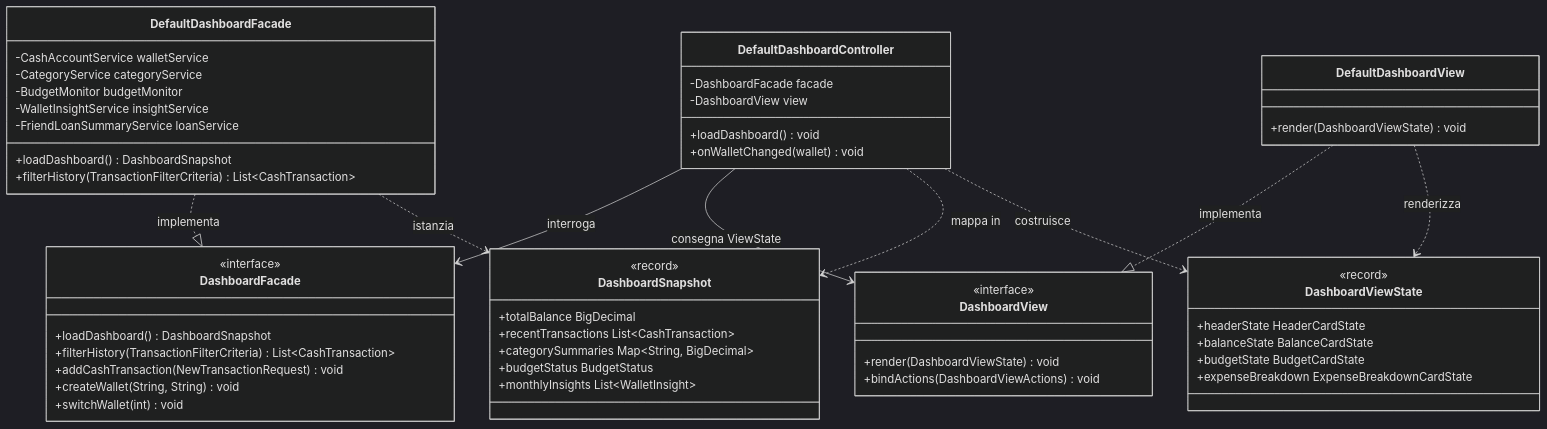
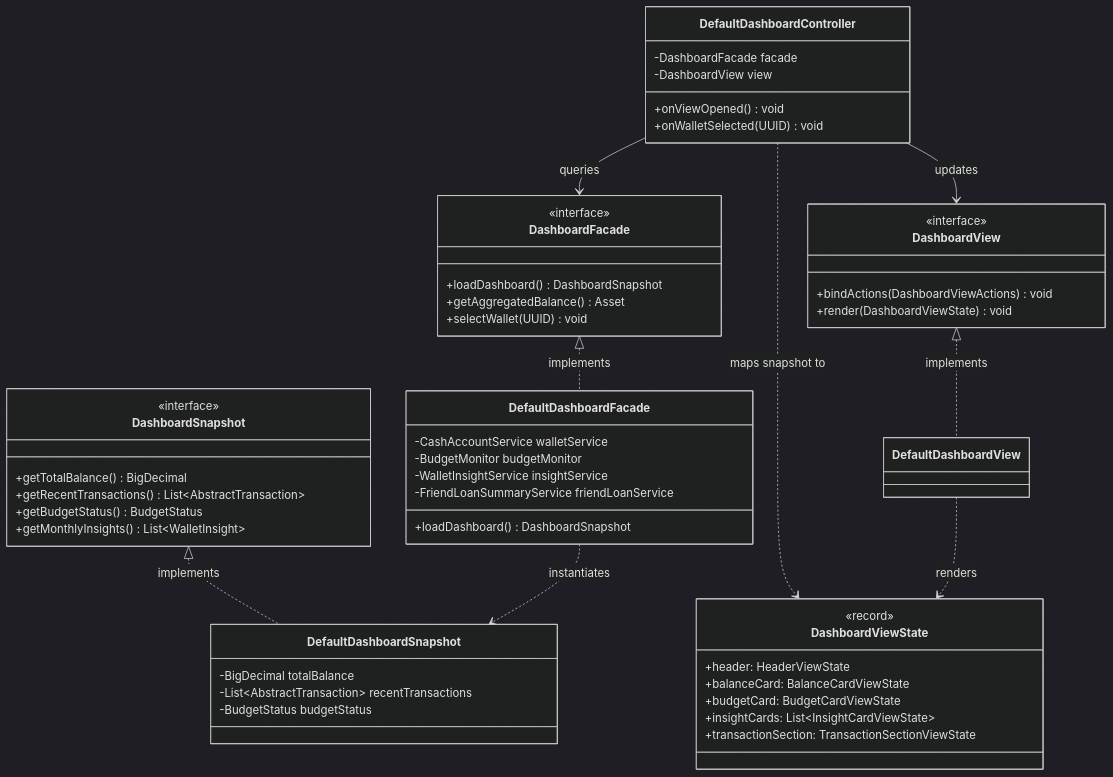
Before and after one commit to leoI0II/OOP25-UniBodget: the diagram in docs/uml-2.9-dashboard-facade.md, drawn with Mermaid (dark theme). The commit also changed 17 other files, not shown here.

Commit message:
docs: update Favour's report sections, UML diagrams and future developments

````diff
--- a/docs/uml-2.9-dashboard-facade.md
+++ b/docs/uml-2.9-dashboard-facade.md
@@ -1,66 +1,66 @@
 ```mermaid
 classDiagram
-direction TB
+    direction TB
 
-class DefaultDashboardController {
-  -DashboardFacade facade
-  -DashboardView view
-  +loadDashboard() void
-  +onWalletChanged(wallet) void
-}
+    class DashboardFacade {
+        <<interface>>
+        +loadDashboard() DashboardSnapshot
+        +getAggregatedBalance() Asset
+        +selectWallet(UUID) void
+    }
 
-class DashboardFacade {
-  <<interface>>
-  +loadDashboard() DashboardSnapshot
-  +filterHistory(TransactionFilterCriteria) List~CashTransaction~
-  +addCashTransaction(NewTransactionRequest) void
-  +createWallet(String, String) void
-  +switchWallet(int) void
-}
+    class DefaultDashboardFacade {
+        -CashAccountService walletService
+        -BudgetMonitor budgetMonitor
+        -WalletInsightService insightService
+        -FriendLoanSummaryService friendLoanService
+        +loadDashboard() DashboardSnapshot
+    }
 
-class DashboardView {
-  <<interface>>
-  +render(DashboardViewState) void
-  +bindActions(DashboardViewActions) void
-}
+    class DashboardSnapshot {
+        <<interface>>
+        +getTotalBalance() BigDecimal
+        +getRecentTransactions() List~AbstractTransaction~
+        +getBudgetStatus() BudgetStatus
+        +getMonthlyInsights() List~WalletInsight~
+    }
 
-class DefaultDashboardFacade {
-  -CashAccountService walletService
-  -CategoryService categoryService
-  -BudgetMonitor budgetMonitor
-  -WalletInsightService insightService
-  -FriendLoanSummaryService loanService
-  +loadDashboard() DashboardSnapshot
-  +filterHistory(TransactionFilterCriteria) List~CashTransaction~
-}
+    class DefaultDashboardSnapshot {
+        -BigDecimal totalBalance
+        -List~AbstractTransaction~ recentTransactions
+        -BudgetStatus budgetStatus
+    }
 
-class DefaultDashboardView {
-  +render(DashboardViewState) void
-}
+    class DefaultDashboardController {
+        -DashboardFacade facade
+        -DashboardView view
+        +onViewOpened() void
+        +onWalletSelected(UUID) void
+    }
 
-class DashboardSnapshot {
-  <<record>>
-  +totalBalance BigDecimal
-  +recentTransactions List~CashTransaction~
-  +categorySummaries Map~String, BigDecimal~
-  +budgetStatus BudgetStatus
-  +monthlyInsights List~WalletInsight~
-}
+    class DashboardView {
+        <<interface>>
+        +bindActions(DashboardViewActions) void
+        +render(DashboardViewState) void
+    }
 
-class DashboardViewState {
-  <<record>>
-  +headerState HeaderCardState
-  +balanceState BalanceCardState
-  +budgetState BudgetCardState
-  +expenseBreakdown ExpenseBreakdownCardState
-}
+    class DefaultDashboardView
 
-DefaultDashboardController --> DashboardFacade : interroga
-DefaultDashboardController --> DashboardView : consegna ViewState
-DefaultDashboardFacade ..|> DashboardFacade : implementa
-DefaultDashboardView ..|> DashboardView : implementa
-DefaultDashboardFacade ..> DashboardSnapshot : istanzia
-DefaultDashboardController ..> DashboardSnapshot : mappa in
-DefaultDashboardController ..> DashboardViewState : costruisce
-DefaultDashboardView ..> DashboardViewState : renderizza
+    class DashboardViewState {
+        <<record>>
+        +header: HeaderViewState
+        +balanceCard: BalanceCardViewState
+        +budgetCard: BudgetCardViewState
+        +insightCards: List~InsightCardViewState~
+        +transactionSection: TransactionSectionViewState
+    }
+
+    DashboardFacade <|.. DefaultDashboardFacade : implements
+    DashboardSnapshot <|.. DefaultDashboardSnapshot : implements
+    DefaultDashboardFacade ..> DefaultDashboardSnapshot : instantiates
+    DefaultDashboardController --> DashboardFacade : queries
+    DefaultDashboardController --> DashboardView : updates
+    DashboardView <|.. DefaultDashboardView : implements
+    DefaultDashboardController ..> DashboardViewState : maps snapshot to
+    DefaultDashboardView ..> DashboardViewState : renders
 ```
````
